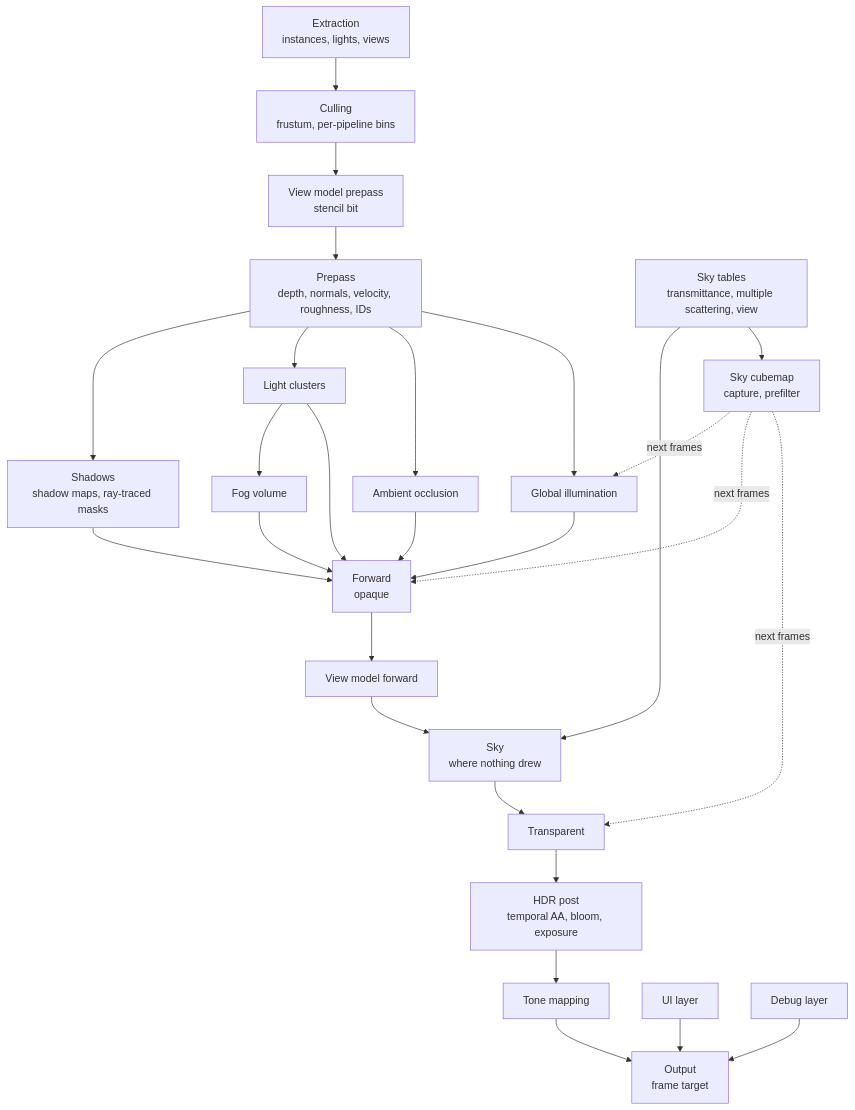
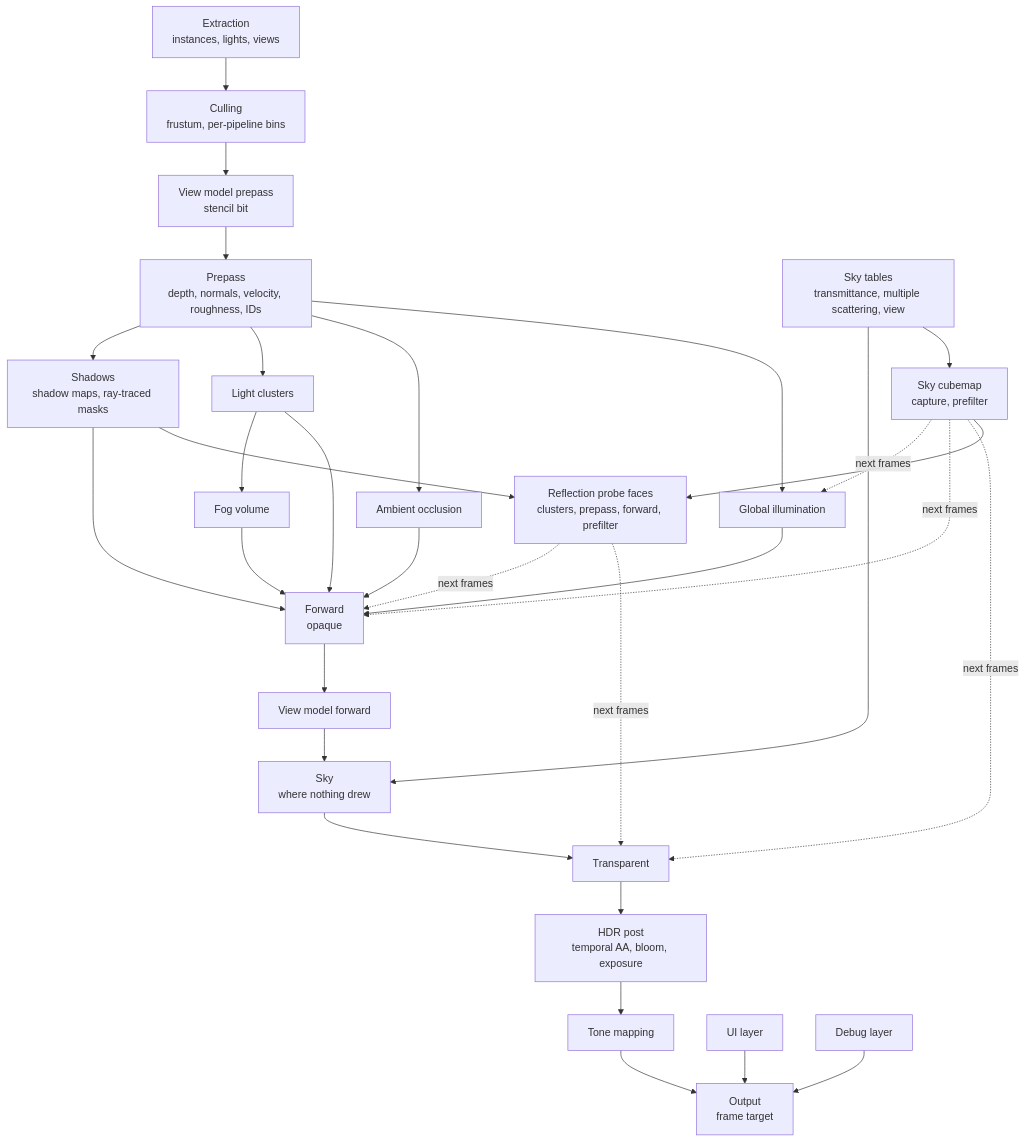
Before and after one commit to aszecsei/cinnabar: the diagram in docs/rendering/frame.md, drawn with Mermaid. The commit also changed other lines of this file and 11 other files, not shown here.

````diff
--- a/docs/rendering/frame.md
+++ b/docs/rendering/frame.md
@@ -5,33 +5,35 @@
 ```mermaid
 flowchart TB
     EXTRACT["Extraction<br/>instances, lights, views"]
     CULL["Culling<br/>frustum, per-pipeline bins"]
     PRE["Prepass<br/>depth, normals, velocity, roughness, IDs"]
     VMPRE["View model prepass<br/>stencil bit"]
     SHADOW["Shadows<br/>shadow maps, ray-traced masks"]
     CLUSTER["Light clusters"]
     AO["Ambient occlusion"]
     GI["Global illumination"]
     FOG["Fog volume"]
     SKYLUT["Sky tables<br/>transmittance, multiple scattering, view"]
     SKYCUBE["Sky cubemap<br/>capture, prefilter"]
+    PROBES["Reflection probe faces<br/>clusters, prepass, forward, prefilter"]
     SKY["Sky<br/>where nothing drew"]
     FWD["Forward<br/>opaque"]
     VMFWD["View model forward"]
     TRANS["Transparent"]
     POST["HDR post<br/>temporal AA, bloom, exposure"]
     TONE["Tone mapping"]
     UI["UI layer"]
     DEBUG["Debug layer"]
     OUT["Output<br/>frame target"]
 
     EXTRACT --> CULL --> VMPRE --> PRE
     PRE --> SHADOW & CLUSTER & AO & GI
     CLUSTER --> FOG
     SHADOW & CLUSTER & AO & GI & FOG --> FWD
     SKYLUT --> SKY
     SKYLUT --> SKYCUBE -.->|"next frames"| GI & FWD & TRANS
+    SHADOW & SKYCUBE --> PROBES -.->|"next frames"| FWD & TRANS
     FWD --> VMFWD --> SKY --> TRANS --> POST --> TONE --> OUT
     UI --> OUT
     DEBUG --> OUT
 ```
````
